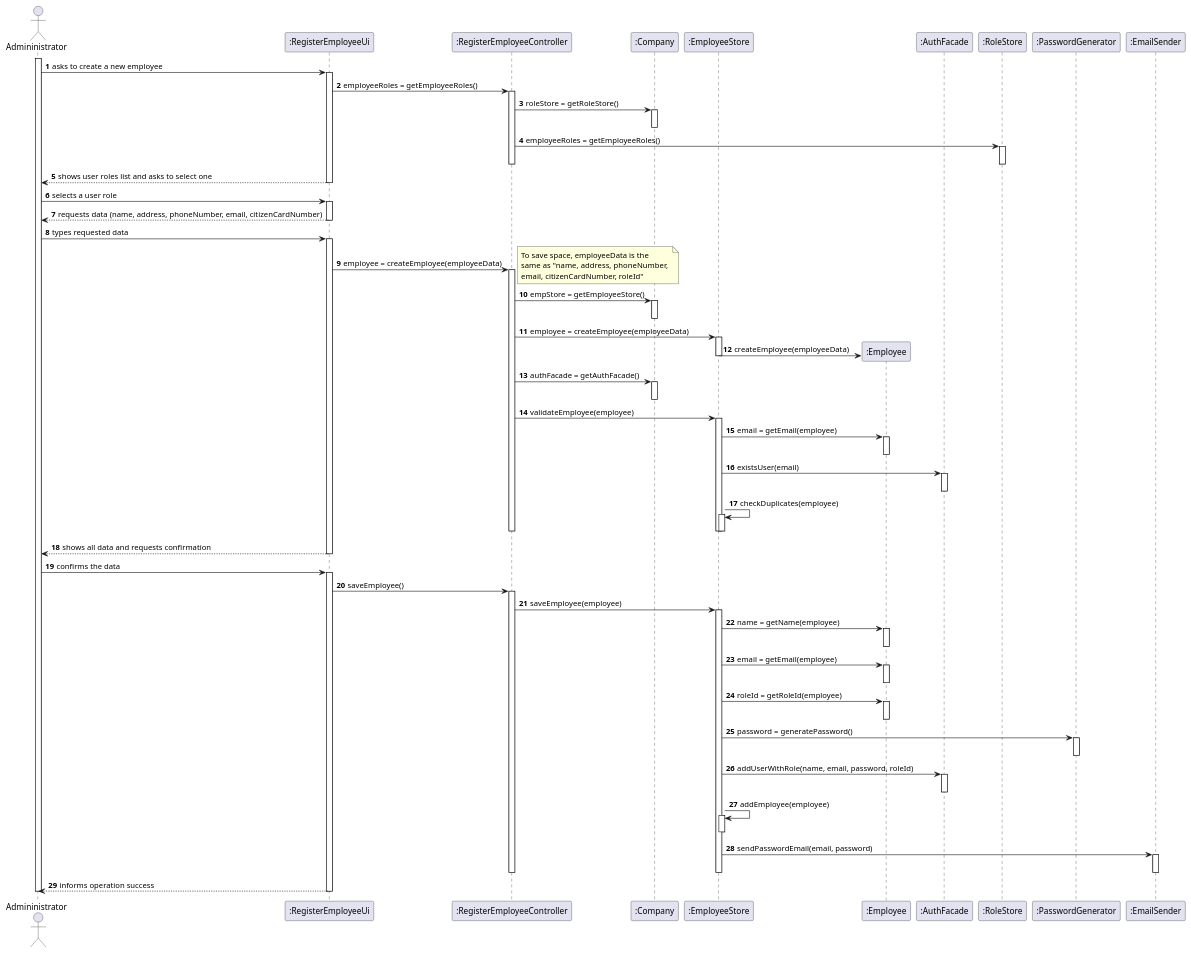
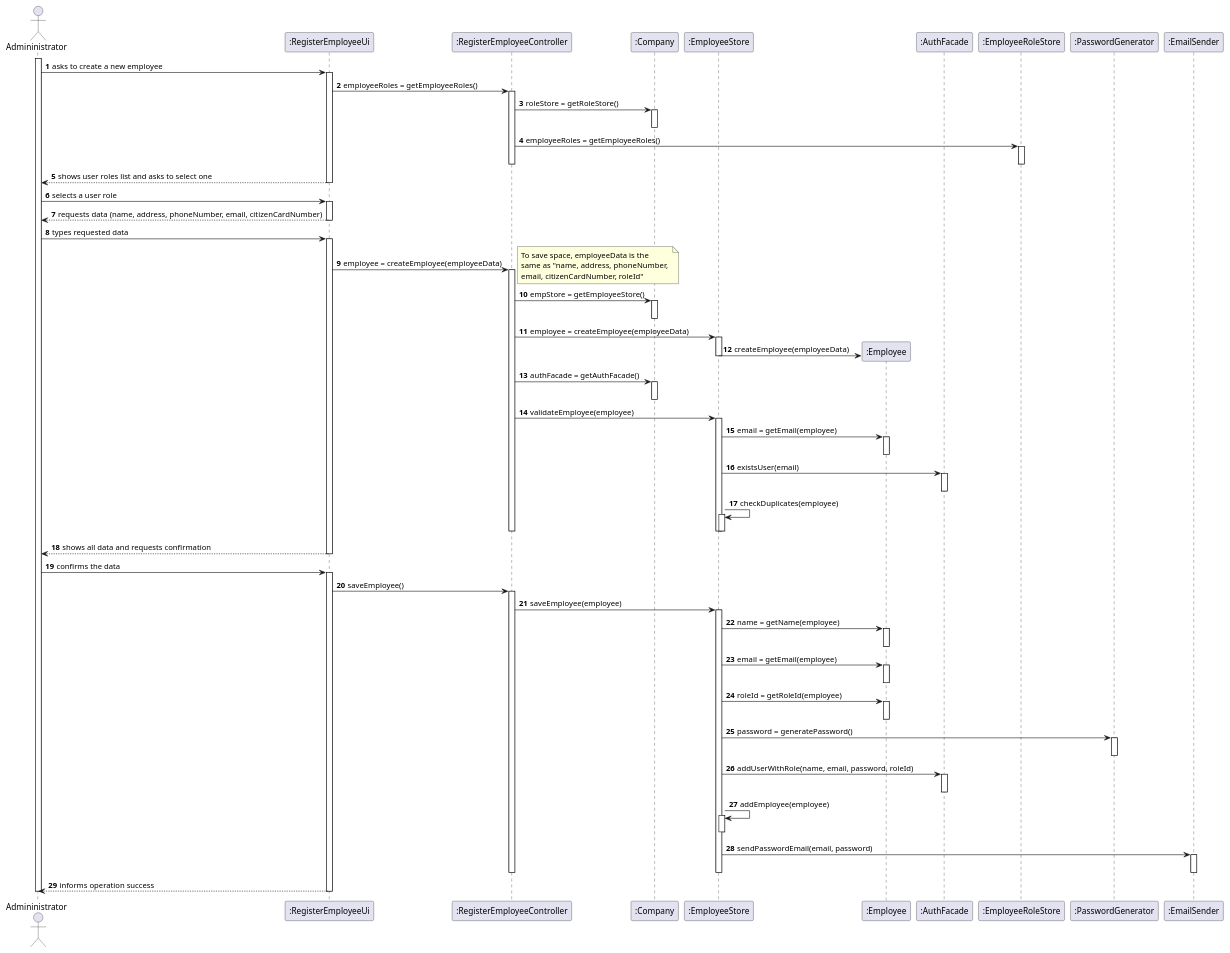
The diagram in docs/SprintB/US10/SD/US10_SD.puml (miseEnPlace-i/lapr2), drawn with PlantUML before and after one commit.

Commit message:
chore: grammar on sd

```diff
--- a/docs/SprintB/US10/SD/US10_SD.puml
+++ b/docs/SprintB/US10/SD/US10_SD.puml
@@ -1,110 +1,110 @@
 @startuml US10_SD
 autonumber
 ' hide footbox
 actor "Admininistrator" as admin
 
 participant ":RegisterEmployeeUi" as empUi
 participant ":RegisterEmployeeController" as empController
 participant ":Company" as comp
 participant ":EmployeeStore" as empStore
 participant ":Employee" as emp
 participant ":AuthFacade" as authFacade
-participant ":RoleStore" as roleStore
+participant ":EmployeeRoleStore" as roleStore
 participant ":PasswordGenerator" as passGen
 participant  ":EmailSender" as emailSend
 
 activate admin
 
 admin -> empUi : asks to create a new employee
 
 activate empUi
     empUi -> empController : employeeRoles = getEmployeeRoles()
     activate empController
         empController -> comp : roleStore = getRoleStore()
         activate comp
         deactivate comp
         empController -> roleStore : employeeRoles = getEmployeeRoles()
         activate roleStore
         deactivate roleStore
     deactivate empController
     empUi --> admin : shows user roles list and asks to select one
 deactivate empUi
 
 admin -> empUi : selects a user role
 
 activate empUi
     empUi --> admin : requests data (name, address, phoneNumber, email, citizenCardNumber)
 deactivate empUi
 
 admin -> empUi : types requested data
 
 activate empUi
     empUi -> empController : employee = createEmployee(employeeData)
     note right
         To save space, employeeData is the 
         same as "name, address, phoneNumber, 
         email, citizenCardNumber, roleId"
     end note
     activate empController
         empController -> comp : empStore = getEmployeeStore()
         activate comp
         deactivate comp
         empController -> empStore : employee = createEmployee(employeeData)
         activate empStore
             empStore -> emp** : createEmployee(employeeData)
         deactivate empStore
         empController -> comp : authFacade = getAuthFacade()
         activate comp
         deactivate comp
         empController -> empStore : validateEmployee(employee)
         activate empStore
             empStore -> emp : email = getEmail(employee)
             activate emp
             deactivate emp
             empStore -> authFacade : existsUser(email)
             activate authFacade
             deactivate authFacade
             empStore -> empStore : checkDuplicates(employee)
             activate empStore
             deactivate empStore
         deactivate empStore
     deactivate empController
     empUi --> admin : shows all data and requests confirmation
 deactivate empUi
             
 admin -> empUi : confirms the data
 
 activate empUi
     empUi -> empController : saveEmployee()
     activate empController
         empController -> empStore : saveEmployee(employee)
         activate empStore
             empStore -> emp : name = getName(employee)
             activate emp
             deactivate emp
             empStore -> emp : email = getEmail(employee)
             activate emp
             deactivate emp
             empStore -> emp : roleId = getRoleId(employee)
             activate emp
             deactivate emp
             empStore -> passGen : password = generatePassword()
             activate passGen
             deactivate passGen
             empStore -> authFacade : addUserWithRole(name, email, password, roleId)
             activate authFacade
             deactivate authFacade
             empStore -> empStore : addEmployee(employee)
             activate empStore
             deactivate empStore
             empStore -> emailSend : sendPasswordEmail(email, password)
             activate emailSend
             deactivate emailSend
         deactivate empStore
     deactivate empController
     empUi --> admin : informs operation success
 deactivate empUi
 
 deactivate admin
 
 @enduml
```
